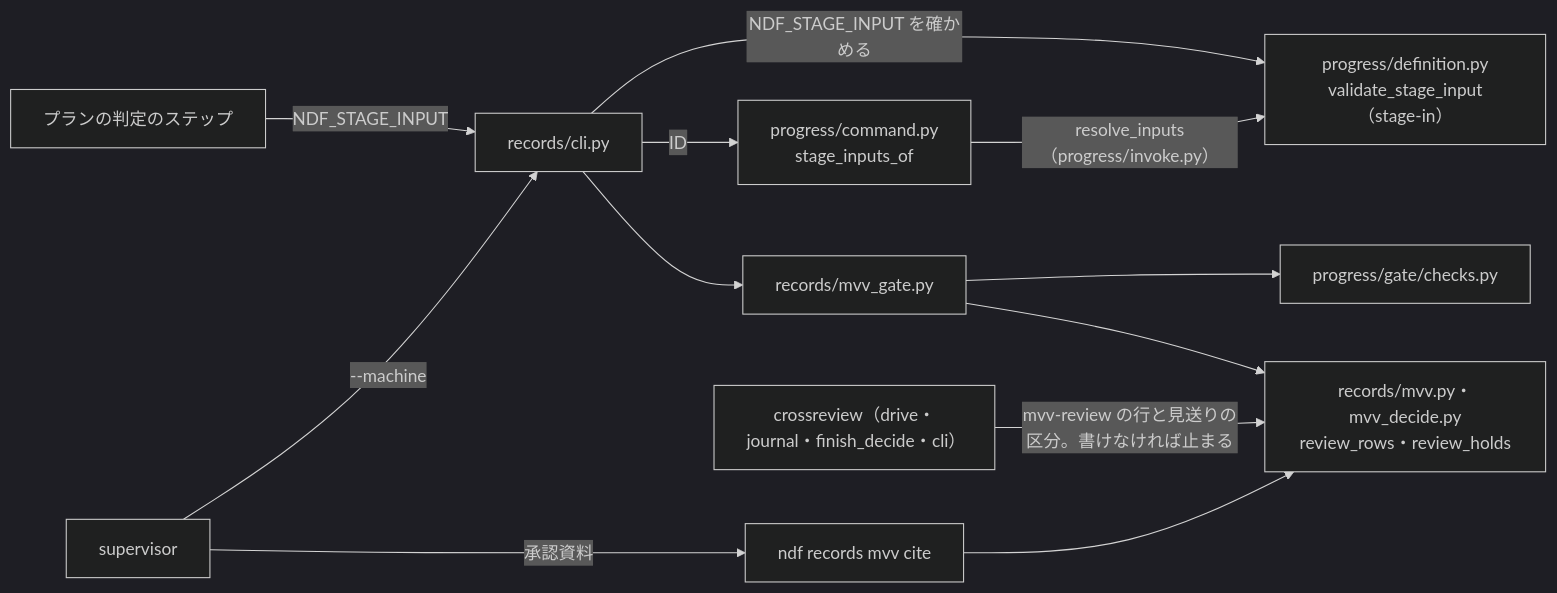
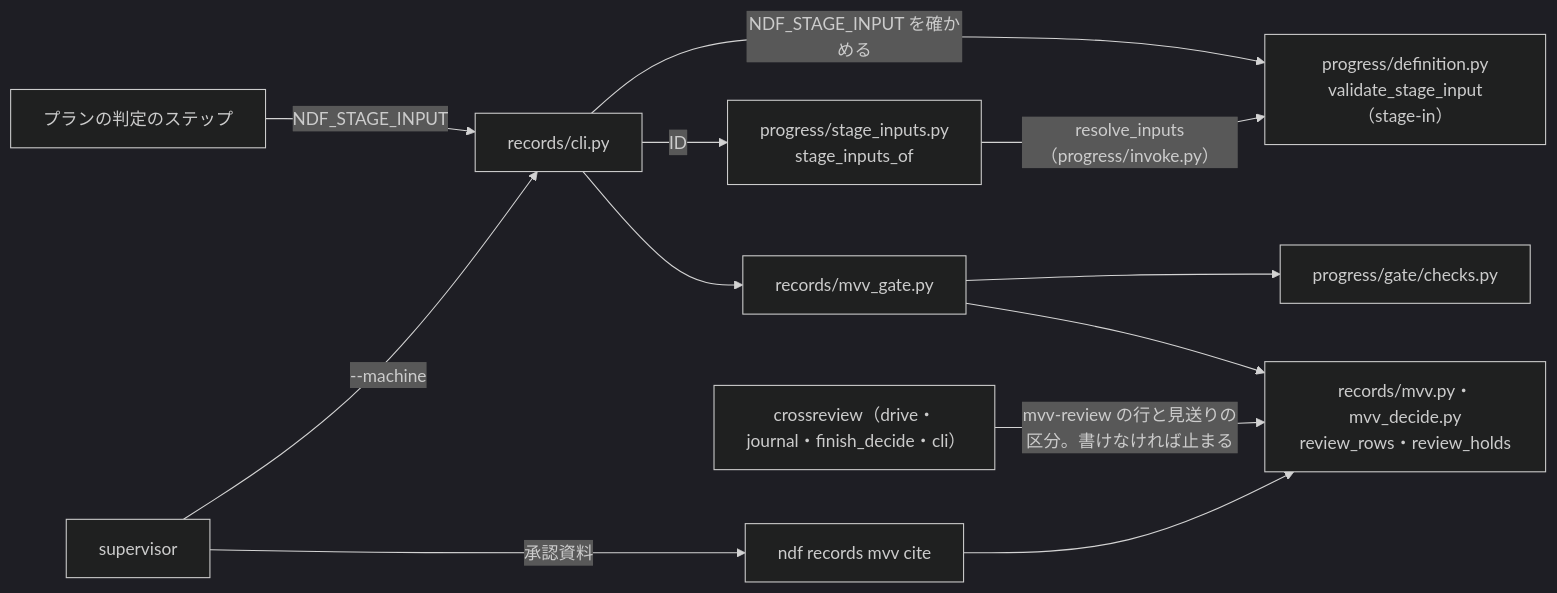
One commit to devbasex/ai-plugins changed the fourth of 4 diagrams in issues/issue-3959-4055-design.md. Above: the diagram before and after it, drawn with Mermaid (dark theme). The commit also changed other lines of this file and 2 other files, not shown here.

First line of the commit message:
Docs: #3959 の stage_inputs_of の保存先を、詳細設計書と設計書でも実装計画の progress/stage_inputs.py にそろえる（#3959）

````diff
--- a/issues/issue-3959-4055-design.md
+++ b/issues/issue-3959-4055-design.md
@@ -218,14 +218,14 @@
 ```mermaid
 graph LR
   PL["プランの判定のステップ"] -->|NDF_STAGE_INPUT| CLI["records/cli.py"]
   SV["supervisor"] -->|--machine| CLI
-  CLI -->|ID| CMD["progress/command.py<br>stage_inputs_of"]
+  CLI -->|ID| CMD["progress/stage_inputs.py<br>stage_inputs_of"]
   CLI -->|NDF_STAGE_INPUT を確かめる| VS["progress/definition.py<br>validate_stage_input（stage-in）"]
   CMD -->|resolve_inputs（progress/invoke.py）| VS
   CLI --> GT["records/mvv_gate.py"]
   GT --> CH["progress/gate/checks.py"]
   GT --> RR["records/mvv.py・mvv_decide.py<br>review_rows・review_holds"]
   CR["crossreview（drive・journal・finish_decide・cli）"] -->|mvv-review の行と見送りの区分。書けなければ止まる| RR
   SV -->|承認資料| CITE["ndf records mvv cite"]
   CITE --> RR
 ```
````
